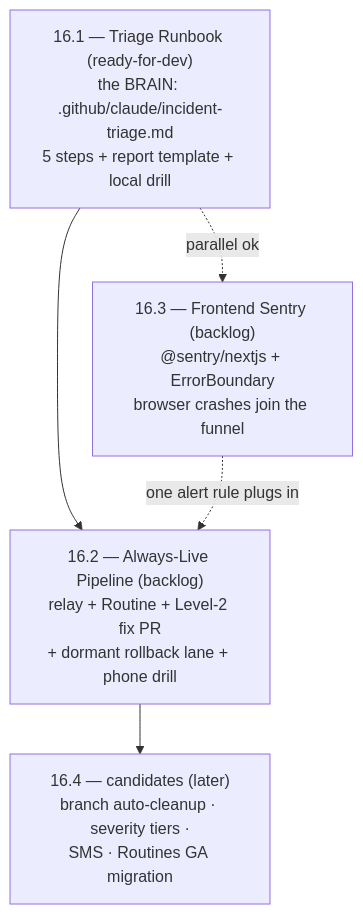
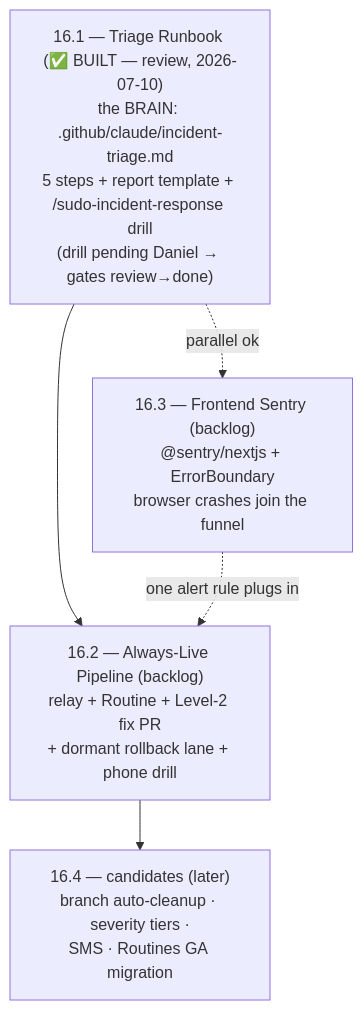
The fourth of 4 diagrams in _my_resources/diagrams_guides/security/sentry_error_response_team.md (sudomadhatter/Sudo_Hatter_Command), drawn with Mermaid before and after one commit. The commit also changed other lines of this file and 7 other files, not shown here.

Commit message:
feat: implement sudo-incident-response command and workflow with supporting documentation and diagnostic resources.

````diff
--- a/_my_resources/diagrams_guides/security/sentry_error_response_team.md
+++ b/_my_resources/diagrams_guides/security/sentry_error_response_team.md
@@ -115,11 +115,11 @@
 ```mermaid
 flowchart TD
-    S1["16.1 — Triage Runbook (ready-for-dev)<br/>the BRAIN: .github/claude/incident-triage.md<br/>5 steps + report template + local drill"]
+    S1["16.1 — Triage Runbook (✅ BUILT — review, 2026-07-10)<br/>the BRAIN: .github/claude/incident-triage.md<br/>5 steps + report template + /sudo-incident-response drill<br/>(drill pending Daniel → gates review→done)"]
     S2["16.2 — Always-Live Pipeline (backlog)<br/>relay + Routine + Level-2 fix PR<br/>+ dormant rollback lane + phone drill"]
     S3["16.3 — Frontend Sentry (backlog)<br/>@sentry/nextjs + ErrorBoundary<br/>browser crashes join the funnel"]
     S4["16.4 — candidates (later)<br/>branch auto-cleanup · severity tiers ·<br/>SMS · Routines GA migration"]
 
     S1 --> S2 --> S4
     S1 -.parallel ok.-> S3
     S3 -.one alert rule plugs in.-> S2
 ```
````
